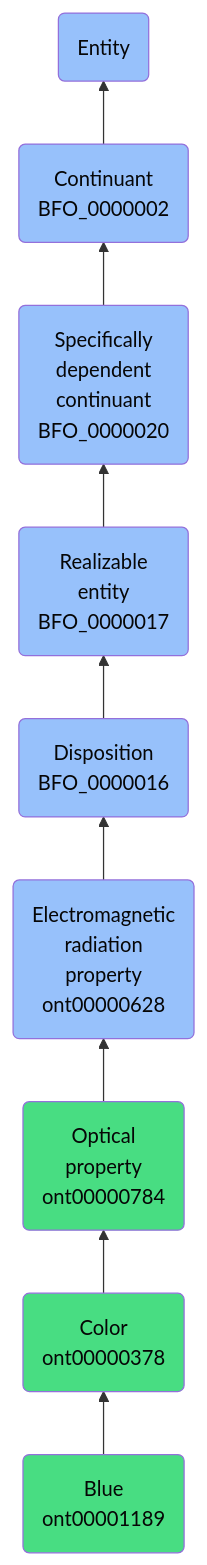
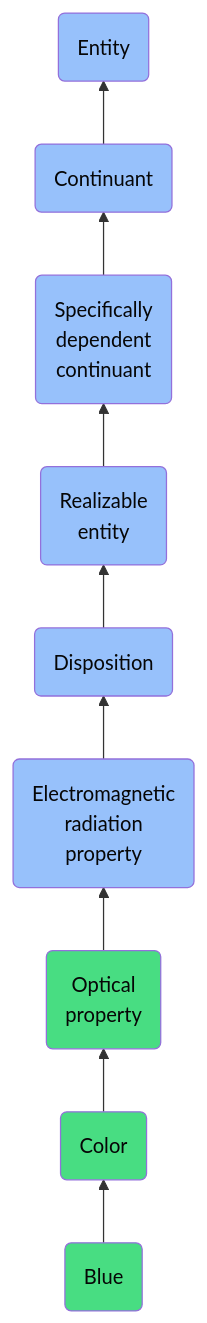
The diagram in docs/ontology/reference/model/Entity/Continuant/Specifically dependent continuant/Realizable entity/Disposition/Electromagnetic radiation property/Optical property/Color/Blue/Blue.md (jupyter-naas/abi), drawn with Mermaid before and after one commit. The commit also changed other lines of this file and 1430 other files, not shown here.

````diff
--- a/docs/ontology/reference/model/Entity/Continuant/Specifically dependent continuant/Realizable entity/Disposition/Electromagnetic radiation property/Optical property/Color/Blue/Blue.md
+++ b/docs/ontology/reference/model/Entity/Continuant/Specifically dependent continuant/Realizable entity/Disposition/Electromagnetic radiation property/Optical property/Color/Blue/Blue.md
@@ -24,16 +24,16 @@
 ```mermaid
 graph BT
-    ont00001189(Blue<br>ont00001189):::ABI-->ont00000378
-    ont00000378(Color<br>ont00000378):::ABI-->ont00000784
-    ont00000784(Optical<br>property<br>ont00000784):::ABI-->ont00000628
-    ont00000628(Electromagnetic<br>radiation<br>property<br>ont00000628):::BFO-->BFO_0000016
-    BFO_0000016(Disposition<br>BFO_0000016):::BFO-->BFO_0000017
-    BFO_0000017(Realizable<br>entity<br>BFO_0000017):::BFO-->BFO_0000020
-    BFO_0000020(Specifically<br>dependent<br>continuant<br>BFO_0000020):::BFO-->BFO_0000002
-    BFO_0000002(Continuant<br>BFO_0000002):::BFO-->BFO_0000001
+    ont00001189(Blue):::ABI-->ont00000378
+    ont00000378(Color):::ABI-->ont00000784
+    ont00000784(Optical<br>property):::ABI-->ont00000628
+    ont00000628(Electromagnetic<br>radiation<br>property):::BFO-->BFO_0000016
+    BFO_0000016(Disposition):::BFO-->BFO_0000017
+    BFO_0000017(Realizable<br>entity):::BFO-->BFO_0000020
+    BFO_0000020(Specifically<br>dependent<br>continuant):::BFO-->BFO_0000002
+    BFO_0000002(Continuant):::BFO-->BFO_0000001
     BFO_0000001(Entity):::BFO
     
     classDef BFO fill:#97c1fb,color:#060606
     classDef CCO fill:#e4c51e,color:#060606
     classDef ABI fill:#48DD82,color:#060606
 ```
````
